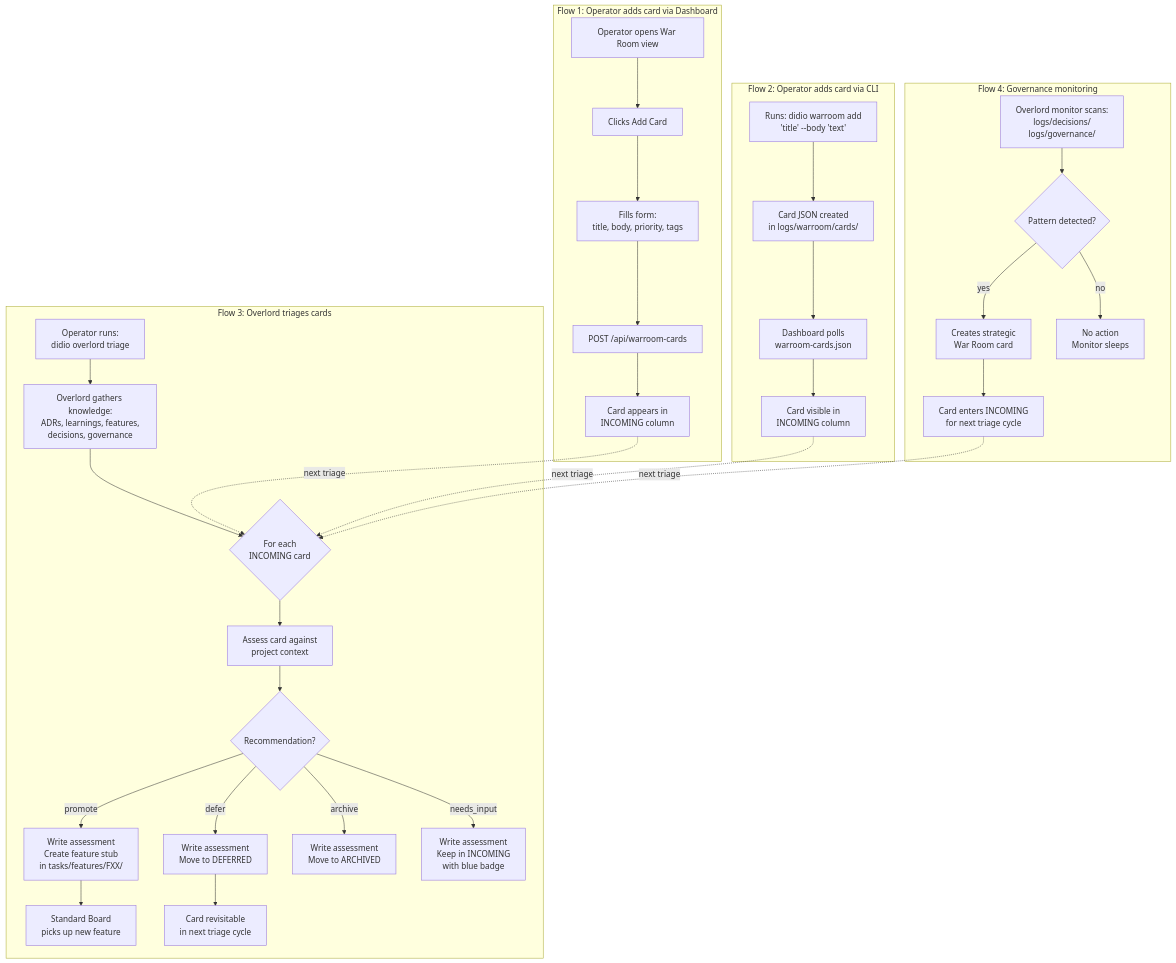
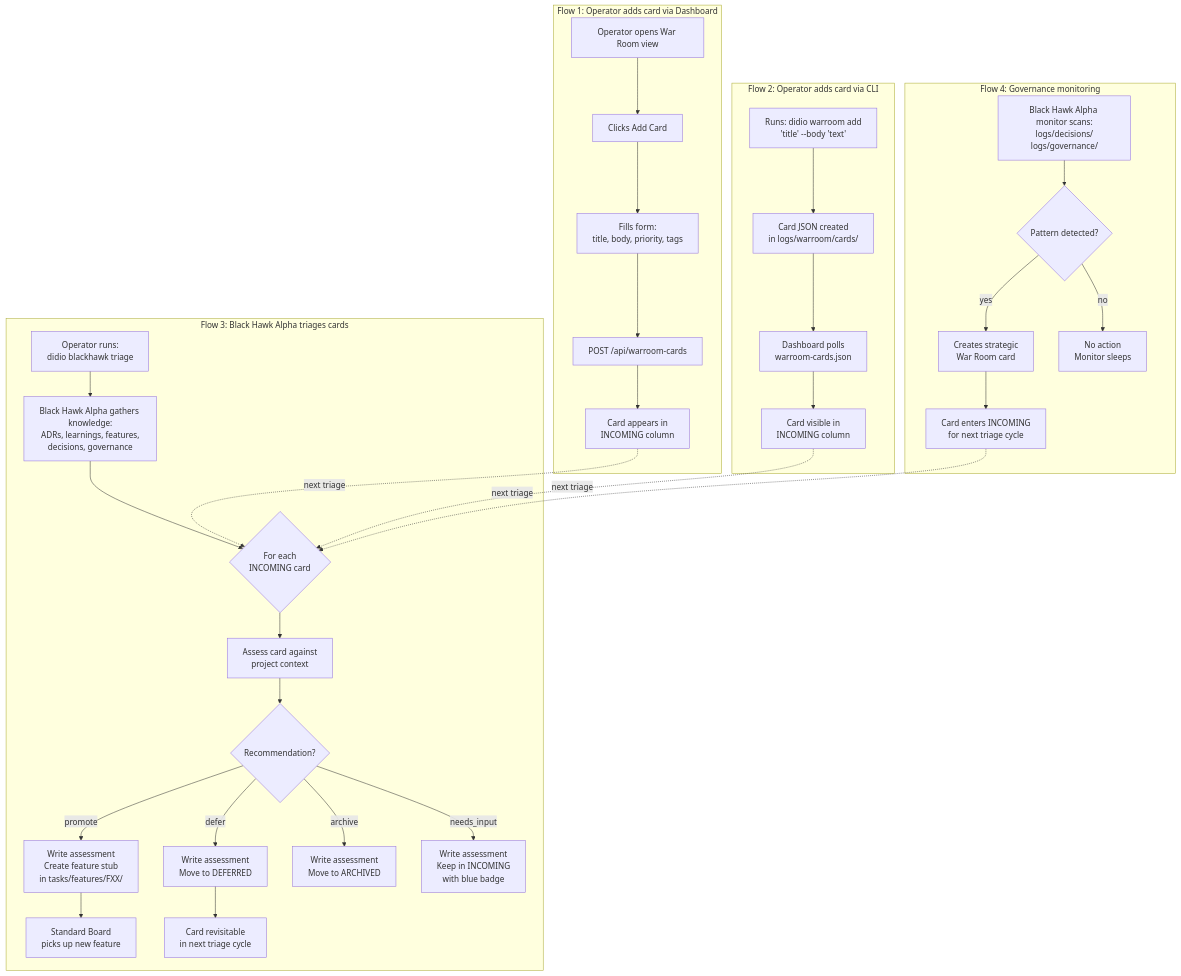
One commit to eduardodidio/claude-didio-config changed the diagram in docs/diagrams/F31-journey.mmd. Above: the diagram before and after it, drawn with Mermaid. The commit also changed 27 other files, not shown here.

First line of the commit message:
refactor: rename Overlord to Black Hawk Alpha + F32 Wave 0 (config, machine scan, types)

```diff
--- a/docs/diagrams/F31-journey.mmd
+++ b/docs/diagrams/F31-journey.mmd
@@ -1,38 +1,38 @@
 flowchart TD
     subgraph Flow1["Flow 1: Operator adds card via Dashboard"]
         A1["Operator opens War Room view"] --> A2["Clicks Add Card"]
         A2 --> A3["Fills form:\ntitle, body, priority, tags"]
         A3 --> A4["POST /api/warroom-cards"]
         A4 --> A5["Card appears in\nINCOMING column"]
     end
 
     subgraph Flow2["Flow 2: Operator adds card via CLI"]
         B1["Runs: didio warroom add\n'title' --body 'text'"] --> B2["Card JSON created\nin logs/warroom/cards/"]
         B2 --> B3["Dashboard polls\nwarroom-cards.json"]
         B3 --> B4["Card visible in\nINCOMING column"]
     end
 
-    subgraph Flow3["Flow 3: Overlord triages cards"]
-        C1["Operator runs:\ndidio overlord triage"] --> C2["Overlord gathers knowledge:\nADRs, learnings, features,\ndecisions, governance"]
+    subgraph Flow3["Flow 3: Black Hawk Alpha triages cards"]
+        C1["Operator runs:\ndidio blackhawk triage"] --> C2["Black Hawk Alpha gathers knowledge:\nADRs, learnings, features,\ndecisions, governance"]
         C2 --> C3{"For each\nINCOMING card"}
         C3 --> C4["Assess card against\nproject context"]
         C4 --> C5{"Recommendation?"}
         C5 -->|promote| C6["Write assessment\nCreate feature stub\nin tasks/features/FXX/"]
         C5 -->|defer| C7["Write assessment\nMove to DEFERRED"]
         C5 -->|archive| C8["Write assessment\nMove to ARCHIVED"]
         C5 -->|needs_input| C9["Write assessment\nKeep in INCOMING\nwith blue badge"]
         C6 --> C10["Standard Board\npicks up new feature"]
         C7 --> C11["Card revisitable\nin next triage cycle"]
     end
 
     subgraph Flow4["Flow 4: Governance monitoring"]
-        D1["Overlord monitor scans:\nlogs/decisions/\nlogs/governance/"] --> D2{"Pattern detected?"}
+        D1["Black Hawk Alpha monitor scans:\nlogs/decisions/\nlogs/governance/"] --> D2{"Pattern detected?"}
         D2 -->|yes| D3["Creates strategic\nWar Room card"]
         D3 --> D4["Card enters INCOMING\nfor next triage cycle"]
         D2 -->|no| D5["No action\nMonitor sleeps"]
     end
 
     %% Cross-flow connections
     A5 -.->|next triage| C3
     B4 -.->|next triage| C3
     D4 -.->|next triage| C3
```
